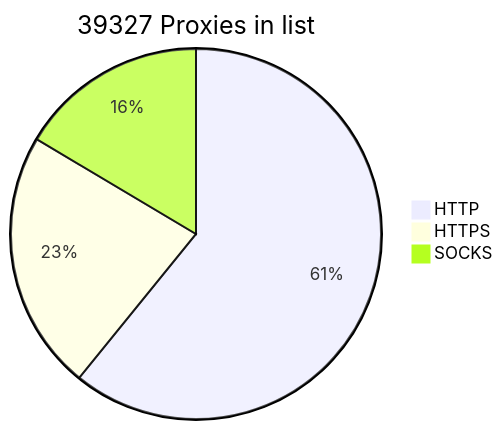
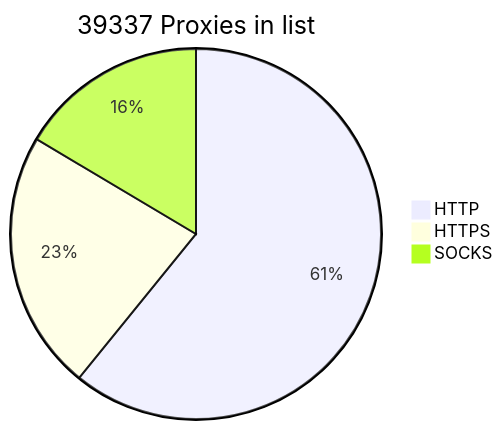
The diagram in README.md (BlackSnowDot/proxylist-update-every-minute), drawn with Mermaid before and after one commit. The commit also changed other lines of this file, not shown here.

````diff
--- a/README.md
+++ b/README.md
@@ -2,6 +2,6 @@
 ```mermaid
-pie title 39327 Proxies in list
-    "HTTP" : 28183
-    "HTTPS": 10508
-    "SOCKS" : 7620
+pie title 39337 Proxies in list
+    "HTTP" : 28190
+    "HTTPS": 10510
+    "SOCKS" : 7622
 ```
````
